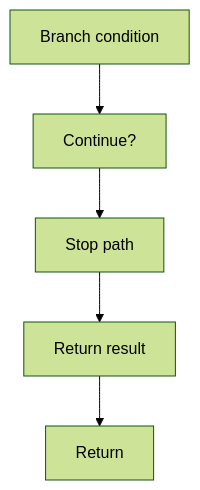
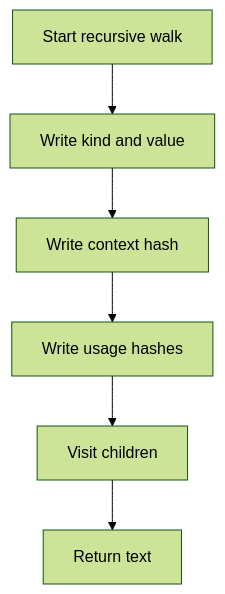
One commit to JohnAndrewBalbarosa/NeoTerritory changed the eighth of 9 diagrams in docs/Codebase/Microservice/Modules/Source/Trees/ClassGeneration/Actual/core.cpp.md. Above: the diagram before and after it, drawn with Mermaid (forest theme). The commit also changed other lines of this file and 915 other files, not shown here.

````diff
--- a/docs/Codebase/Microservice/Modules/Source/Trees/ClassGeneration/Actual/core.cpp.md
+++ b/docs/Codebase/Microservice/Modules/Source/Trees/ClassGeneration/Actual/core.cpp.md
@@ -281,12 +128,10 @@
 ```mermaid
 flowchart TD
-    N0["Branch condition"]
-    N1["Continue?"]
-    N2["Stop path"]
-    N3["Return result"]
-    N4["Return"]
-    N0 --> N1
-    N1 --> N2
-    N2 --> N3
-    N3 --> N4
+    N0["Start recursive walk"]
+    N1["Write kind and value"]
+    N2["Write context hash"]
+    N3["Write usage hashes"]
+    N4["Visit children"]
+    N5["Return text"]
+    N0 --> N1 --> N2 --> N3 --> N4 --> N5
 ```
````
